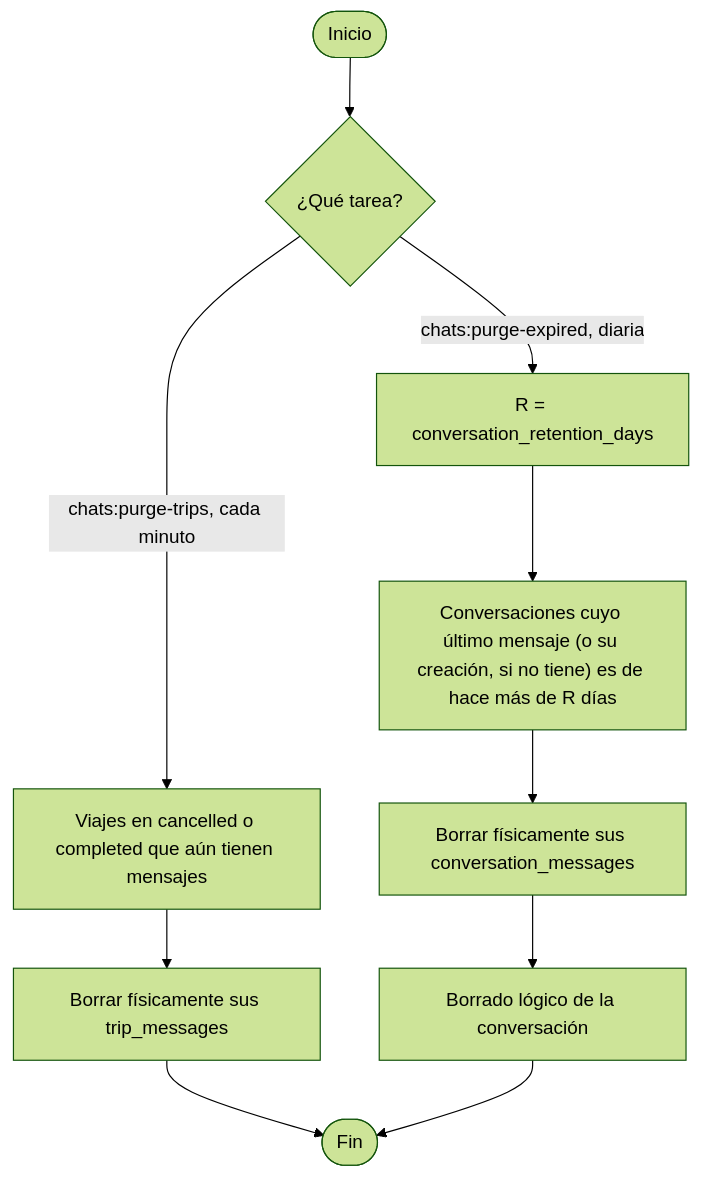
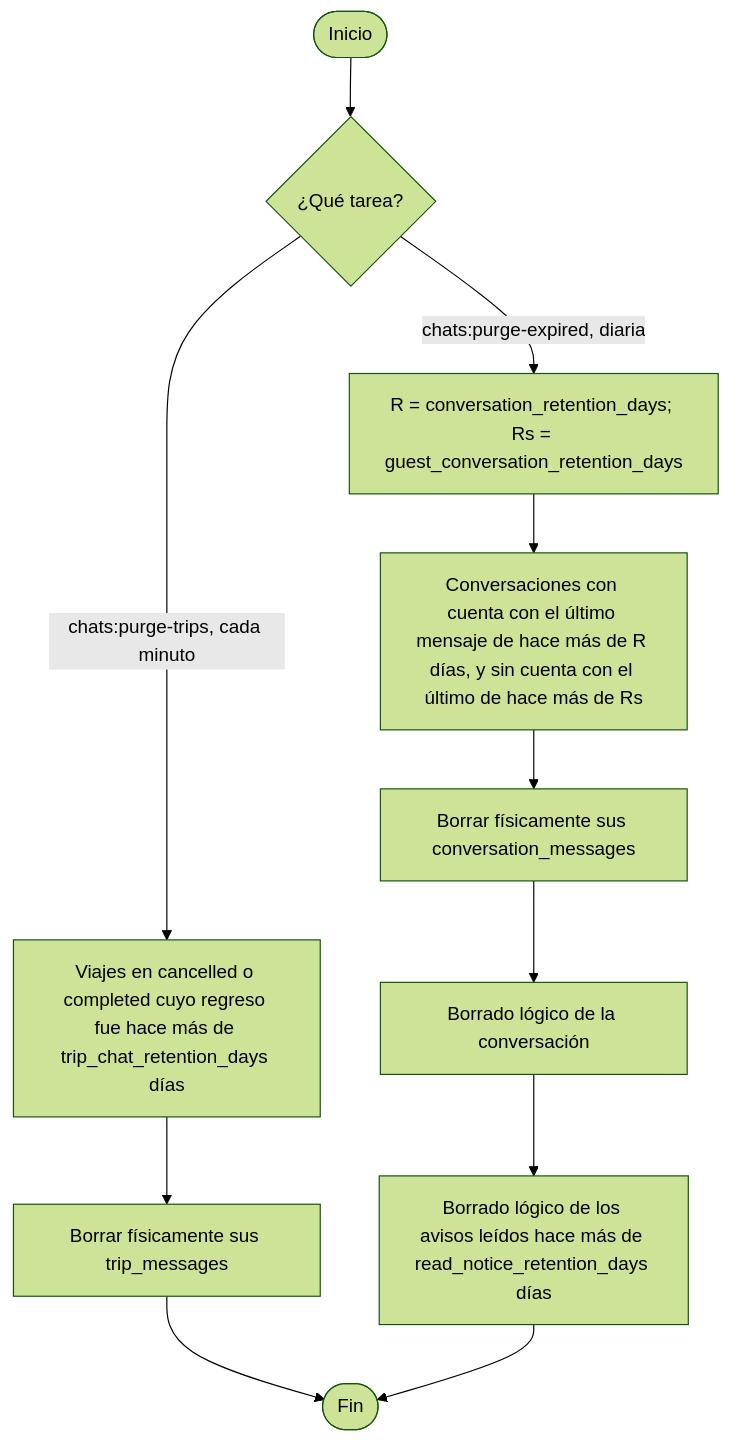
One commit to maicolalmaralestamayo/MiRuta changed diagram 27 of 30 in docs/07-algoritmos.md. Above: the diagram before and after it, drawn with Mermaid (forest theme). The commit also changed other lines of this file and 10 other files, not shown here.

First line of the commit message:
Documentación de la versión 2 y caducidad de conversaciones sin cuenta y avisos leídos

````diff
--- a/docs/07-algoritmos.md
+++ b/docs/07-algoritmos.md
@@ -698,12 +688,13 @@
 ```mermaid
 flowchart TD
     A(["Inicio"]) --> B{"¿Qué tarea?"}
-    B -->|"chats:purge-trips, cada minuto"| C["Viajes en cancelled o completed que aún tienen mensajes"]
+    B -->|"chats:purge-trips, cada minuto"| C["Viajes en cancelled o completed cuyo regreso fue hace más de trip_chat_retention_days días"]
     C --> D["Borrar físicamente sus trip_messages"]
-    B -->|"chats:purge-expired, diaria"| E["R = conversation_retention_days"]
-    E --> F["Conversaciones cuyo último mensaje (o su creación, si no tiene) es de hace más de R días"]
+    B -->|"chats:purge-expired, diaria"| E["R = conversation_retention_days; Rs = guest_conversation_retention_days"]
+    E --> F["Conversaciones con cuenta con el último mensaje de hace más de R días, y sin cuenta con el último de hace más de Rs"]
     F --> G["Borrar físicamente sus conversation_messages"]
     G --> H["Borrado lógico de la conversación"]
+    H --> I["Borrado lógico de los avisos leídos hace más de read_notice_retention_days días"]
     D --> Z(["Fin"])
-    H --> Z
+    I --> Z
 ```
````
